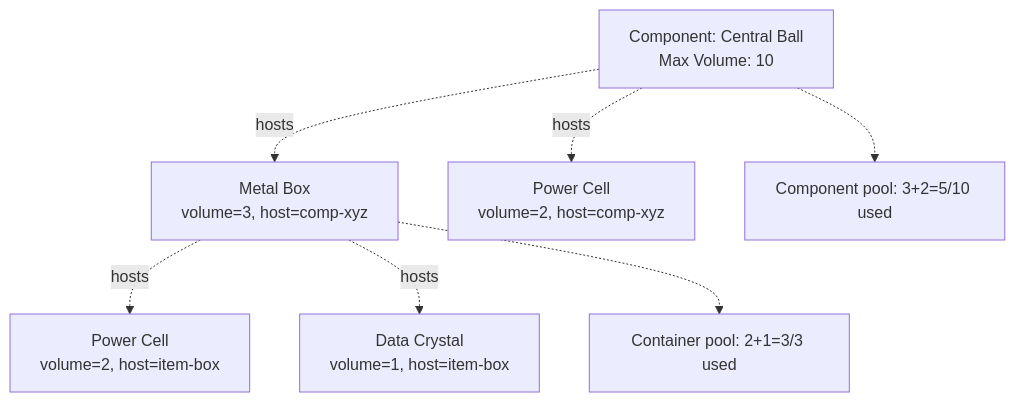
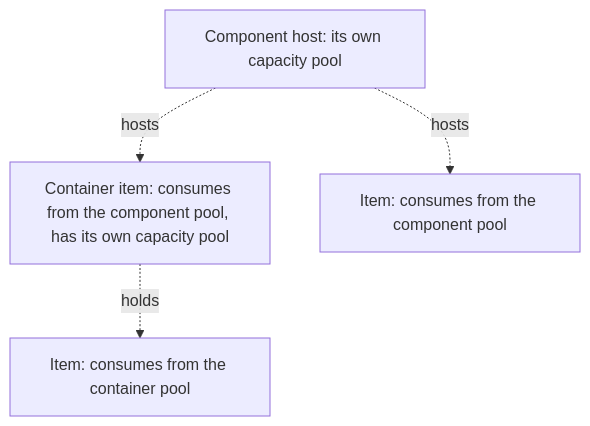
One commit to Rhuan-P-Dev/slopSimulacrum changed the second of 2 diagrams in wiki/nested_inventory_design.md. Above: the diagram before and after it, drawn with Mermaid. The commit also changed other lines of this file and 158 other files, not shown here.

````diff
--- a/wiki/nested_inventory_design.md
+++ b/wiki/nested_inventory_design.md
@@ -1218,18 +76,11 @@
 ```mermaid
 graph TD
-    A[Component: Central Ball<br/>Max Volume: 10]
-    B[Metal Box<br/>volume=3, host=comp-xyz]
-    C[Power Cell<br/>volume=2, host=comp-xyz]
-    D[Power Cell<br/>volume=2, host=item-box]
-    E[Data Crystal<br/>volume=1, host=item-box]
+    A[Component host: its own capacity pool]
+    B[Container item: consumes from the component pool, has its own capacity pool]
+    C[Item: consumes from the component pool]
+    D[Item: consumes from the container pool]
 
     A -.->|hosts| B
     A -.->|hosts| C
-    B -.->|hosts| D
-    B -.->|hosts| E
-
-    noteA[Component pool: 3+2=5/10 used]
-    noteB[Container pool: 2+1=3/3 used]
-    A -.-> noteA
-    B -.-> noteB
+    B -.->|holds| D
 ```
````
